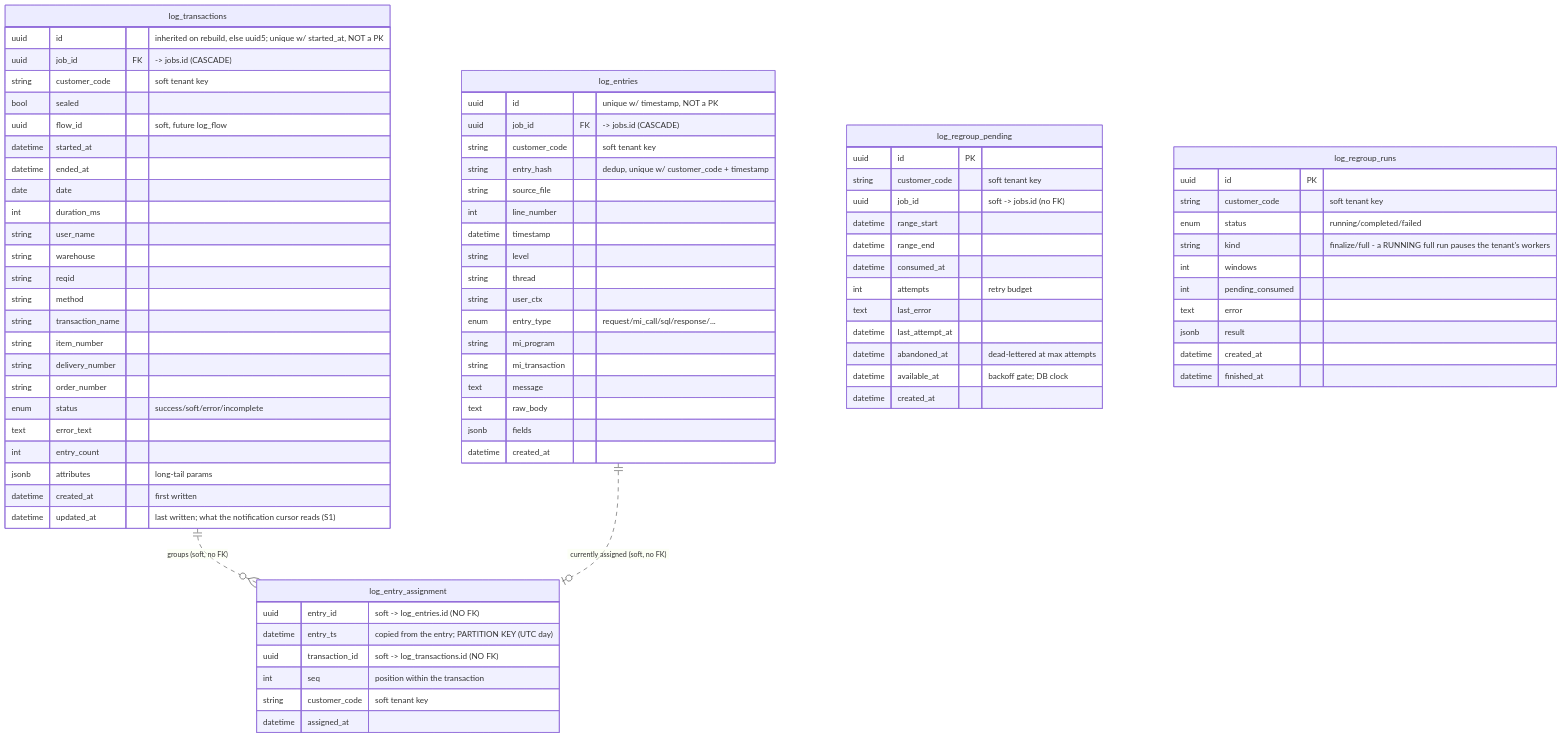
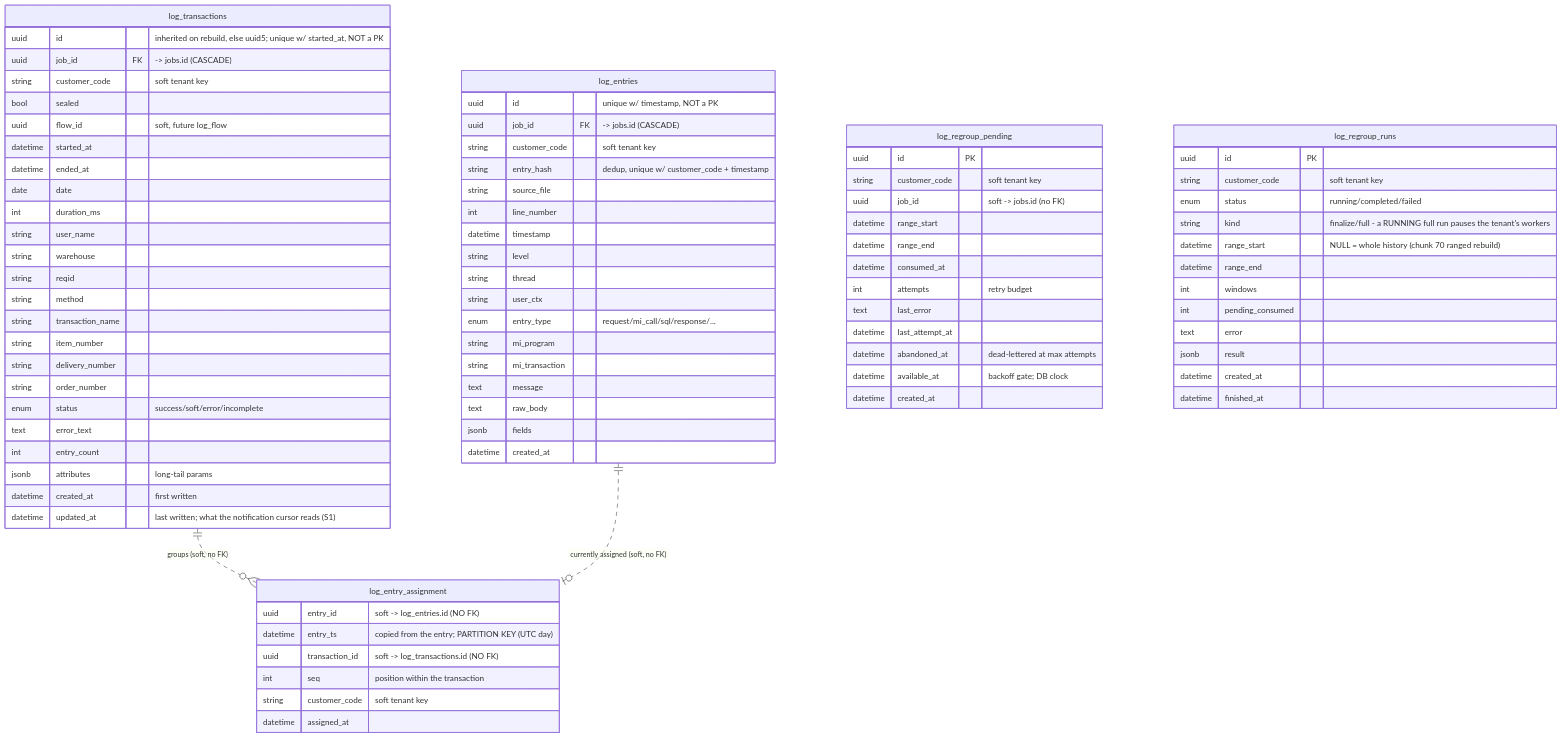
One commit to eamtalu/RAG-PipeLine changed the fourth of 11 diagrams in docs/database-er-diagram.md. Above: the diagram before and after it, drawn with Mermaid. The commit also changed 5 other files, not shown here.

First line of the commit message:
feat(stage2): ranged rebuild - POST /regroup/full?start=...&end=... (chunk 70)

```diff
--- a/docs/database-er-diagram.md
+++ b/docs/database-er-diagram.md
@@ -273,6 +273,8 @@
         string customer_code "soft tenant key"
         enum status "running/completed/failed"
         string kind "finalize/full - a RUNNING full run pauses the tenant's workers"
+        datetime range_start "NULL = whole history (chunk 70 ranged rebuild)"
+        datetime range_end
         int windows
         int pending_consumed
         text error
```
